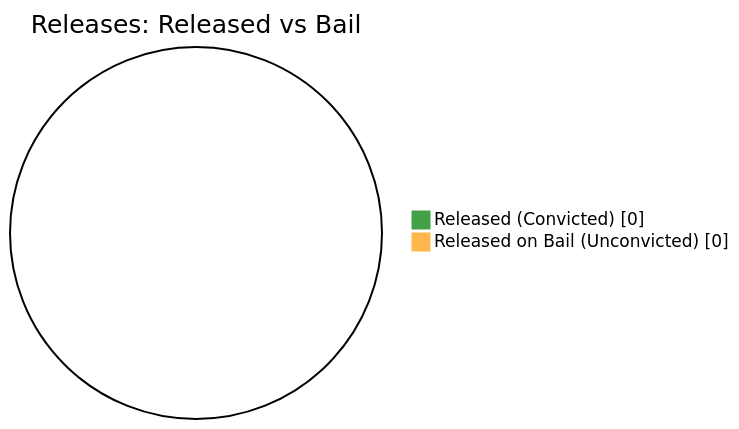
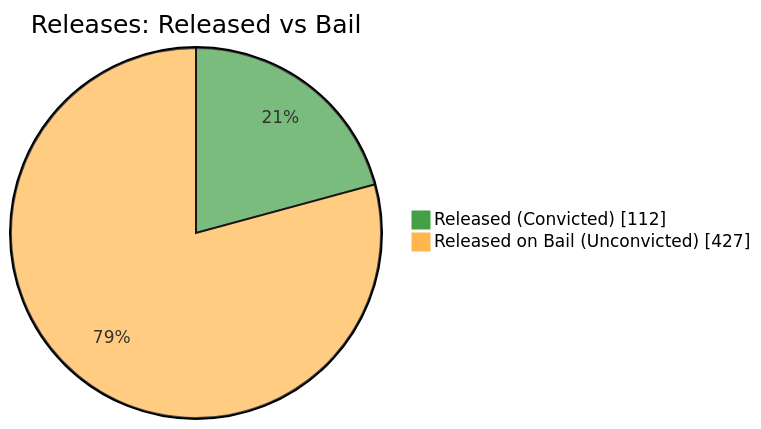
One commit to nuuuwan/lk_prisons changed the fifth of 7 diagrams in README.md. Above: the diagram before and after it, drawn with Mermaid. The commit also changed other lines of this file and 1 other file, not shown here.

````diff
--- a/README.md
+++ b/README.md
@@ -87,6 +87,6 @@
 ```mermaid
 %%{init: {'themeVariables': {'pie1': '#43A047', 'pie2': '#FFB74D'}}}%%
 pie showData title Releases: Released vs Bail
-    "Released (Convicted)" : 0
-    "Released on Bail (Unconvicted)" : 0
+    "Released (Convicted)" : 112
+    "Released on Bail (Unconvicted)" : 427
 ```
````
